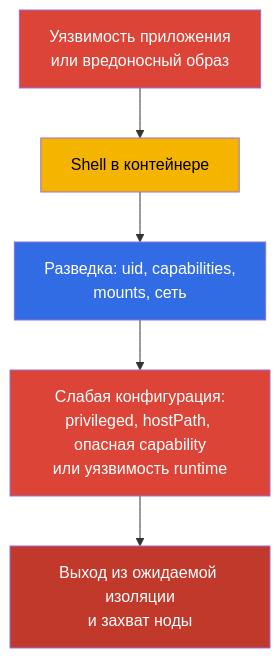
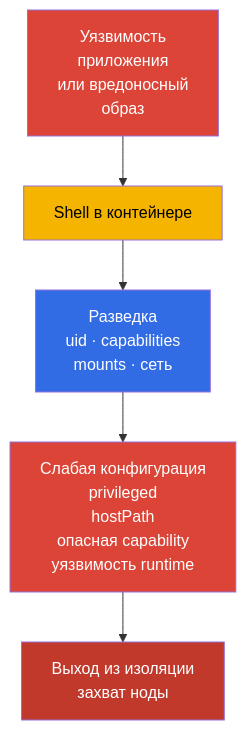
The second of 5 diagrams in tasks/cks/course/03/ru.md (ViktorUJ/cks), drawn with Mermaid before and after one commit. The commit also changed other lines of this file and 6 other files, not shown here.

````diff
--- a/tasks/cks/course/03/ru.md
+++ b/tasks/cks/course/03/ru.md
@@ -40,12 +50,12 @@
 ```mermaid
 flowchart TB
-    exploit["Уязвимость приложения<br/>или вредоносный образ"] --> shell["Shell в контейнере"]
-    shell --> probe["Разведка: uid, capabilities,<br/>mounts, сеть"]
-    probe --> weak["Слабая конфигурация:<br/>privileged, hostPath, опасная capability<br/>или уязвимость runtime"]
-    weak --> escape["Выход из ожидаемой изоляции<br/>и захват ноды"]
+    exploit["Уязвимость<br/>приложения<br/>или вредоносный<br/>образ"] --> shell["Shell в контейнере"]
+    shell --> probe["Разведка<br/>uid · capabilities<br/>mounts · сеть"]
+    probe --> weak["Слабая конфигурация<br/>privileged<br/>hostPath<br/>опасная capability<br/>уязвимость runtime"]
+    weak --> escape["Выход из изоляции<br/>захват ноды"]
     style exploit fill:#db4437,color:#fff
     style shell fill:#f4b400,color:#000
     style probe fill:#326ce5,color:#fff
     style weak fill:#db4437,color:#fff
     style escape fill:#c0392b,color:#fff
 ```
````
